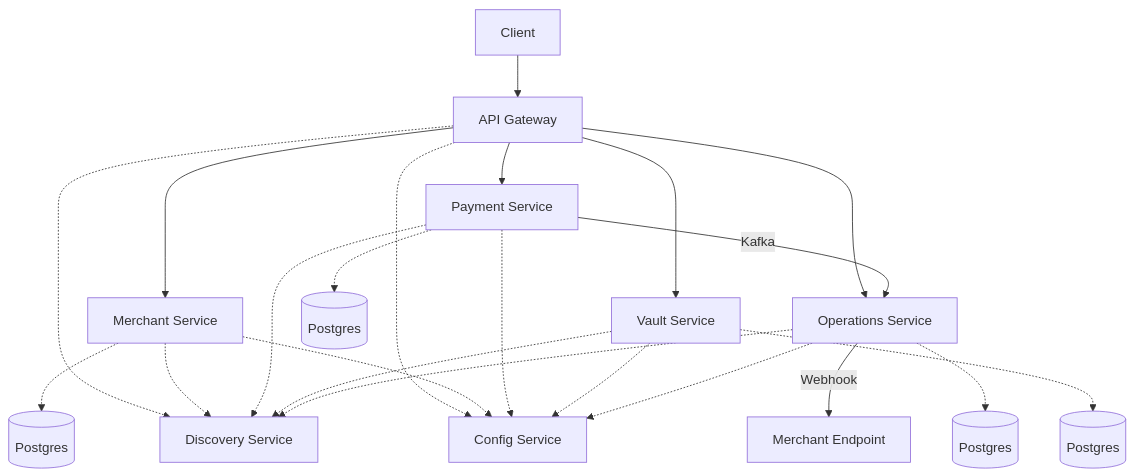
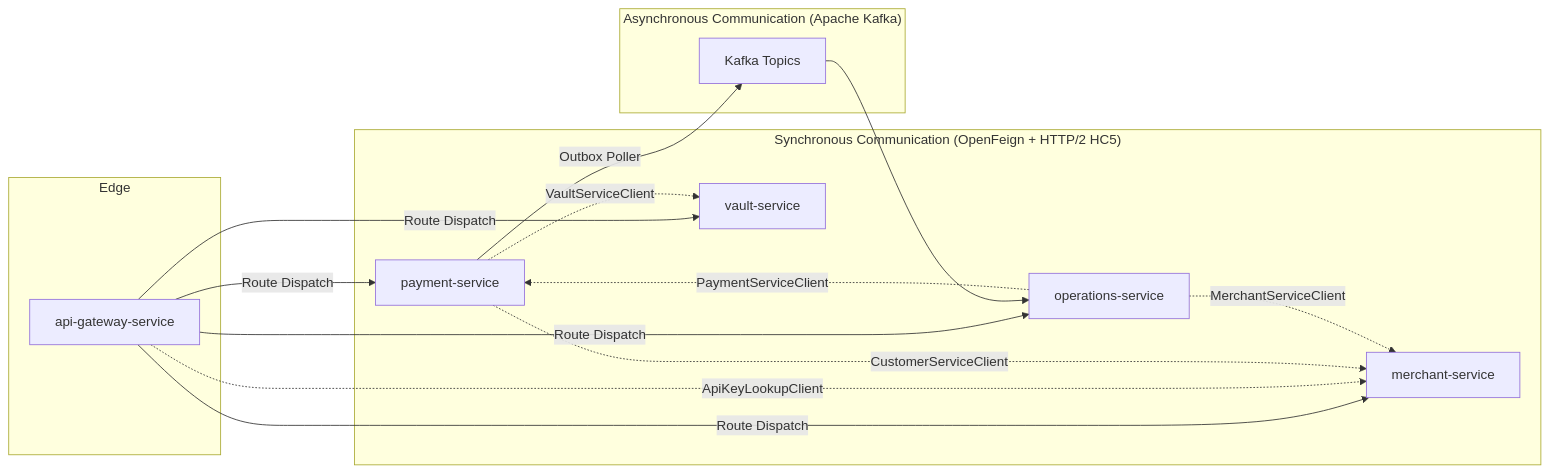
One commit to nexus-og-wb/distributed-payment-gateway-razorPay-clone changed the third of 21 diagrams in README.md. Above: the diagram before and after it, drawn with Mermaid. The commit also changed other lines of this file, not shown here.

````diff
--- a/README.md
+++ b/README.md
@@ -7,28 +451,47 @@
 ```mermaid
-flowchart TD
-    Client[Client] --> GW[API Gateway]
-    GW --> MS[Merchant Service]
-    GW --> PS[Payment Service]
-    GW --> VS[Vault Service]
-    GW --> OS[Operations Service]
 
-    PS -- Kafka --> OS
-    OS -- Webhook --> Merchant[Merchant Endpoint]
+flowchart LR
 
-    MS -.-> DB1[(Postgres)]
-    PS -.-> DB2[(Postgres)]
-    VS -.-> DB3[(Postgres)]
-    OS -.-> DB4[(Postgres)]
+    subgraph Edge
 
-    GW -.-> Discovery[Discovery Service]
-    MS -.-> Discovery
-    PS -.-> Discovery
-    VS -.-> Discovery
-    OS -.-> Discovery
+        GW[api-gateway-service]
 
-    GW -.-> Config[Config Service]
-    MS -.-> Config
-    PS -.-> Config
-    VS -.-> Config
-    OS -.-> Config
+    end
+
+
+
+    subgraph SynchronousFeign ["Synchronous Communication (OpenFeign + HTTP/2 HC5)"]
+
+        GW -->|Route Dispatch| MS[merchant-service]
+
+        GW -->|Route Dispatch| PS[payment-service]
+
+        GW -->|Route Dispatch| VS[vault-service]
+
+        GW -->|Route Dispatch| OS[operations-service]
+
+        
+
+        GW -.->|ApiKeyLookupClient| MS
+
+        PS -.->|CustomerServiceClient| MS
+
+        PS -.->|VaultServiceClient| VS
+
+        OS -.->|MerchantServiceClient| MS
+
+        OS -.->|PaymentServiceClient| PS
+
+    end
+
+
+
+    subgraph AsynchronousKafka ["Asynchronous Communication (Apache Kafka)"]
+
+        PS -- Outbox Poller --> KF[Kafka Topics]
+
+        KF --> OS
+
+    end
+
 ```
````
